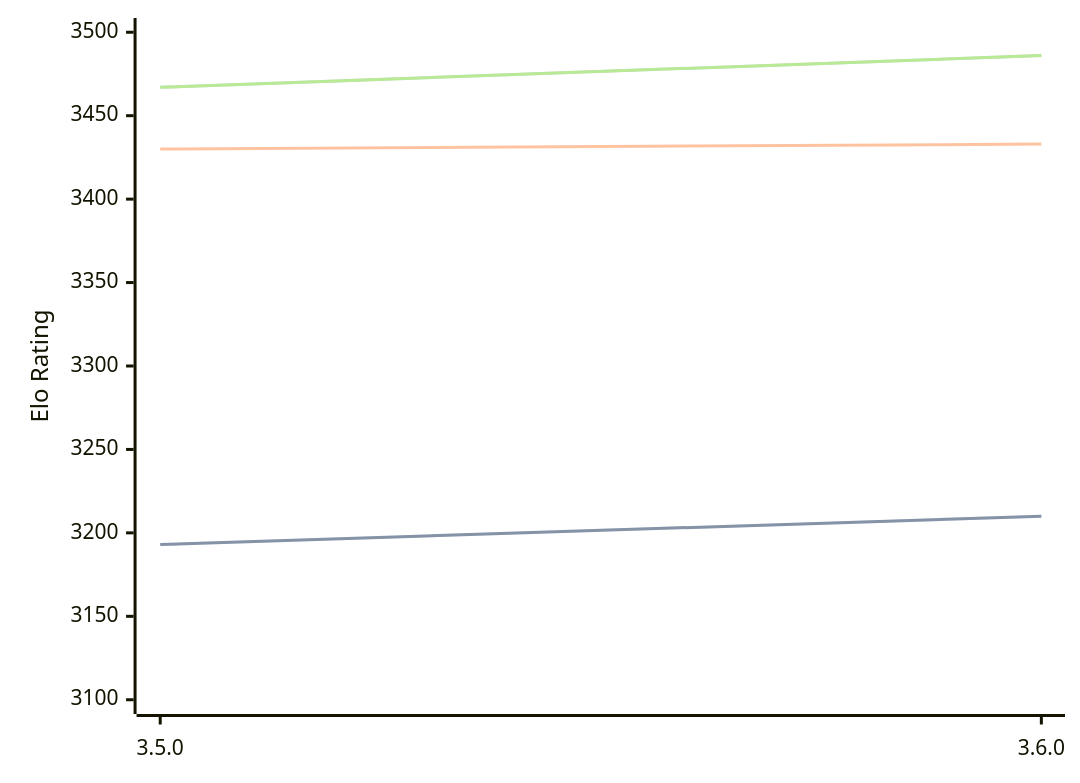
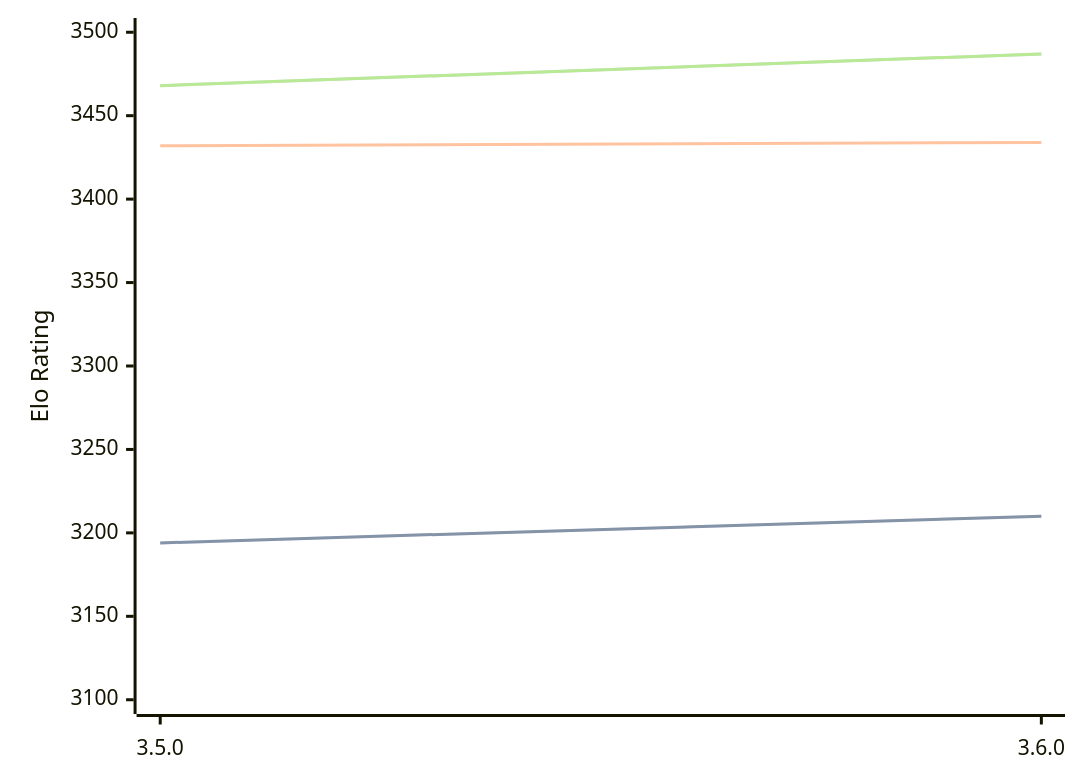
The diagram in engines/Igel.md (computer-chess-index/cci), drawn with Mermaid before and after one commit. The commit also changed other lines of this file, not shown here.

Commit message:
Update CCI Ratings (ELO VLTC) - 2026-04-13

````diff
--- a/engines/Igel.md
+++ b/engines/Igel.md
@@ -68,11 +68,11 @@
 ```mermaid
 %%{init: {"theme":"base","themeVariables":{"seriesColors:['#a3a3a3','#222221','#faa371']}}}%%
 xychart-beta
   x-axis ["3.5.0", "3.6.0"]
   y-axis "Elo Rating" 3100 --> 3500
-  line "STC (8.0+0.08s)" [3193, 3210]
-  line "STC (8.0+0.08s)" [3193, 3210]
-  line "LTC (60.0+0.60s)" [3430, 3433]
-  line "VLTC (2m24s+1.12s)" [3467, 3486]
-  line "VLTC (2m24s+1.12s)" [3467, 3486]
+  line "STC (8.0+0.08s)" [3194, 3210]
+  line "STC (8.0+0.08s)" [3194, 3210]
+  line "LTC (60.0+0.60s)" [3432, 3434]
+  line "VLTC (2m24s+1.12s)" [3468, 3487]
+  line "VLTC (2m24s+1.12s)" [3468, 3487]
 ```
````
